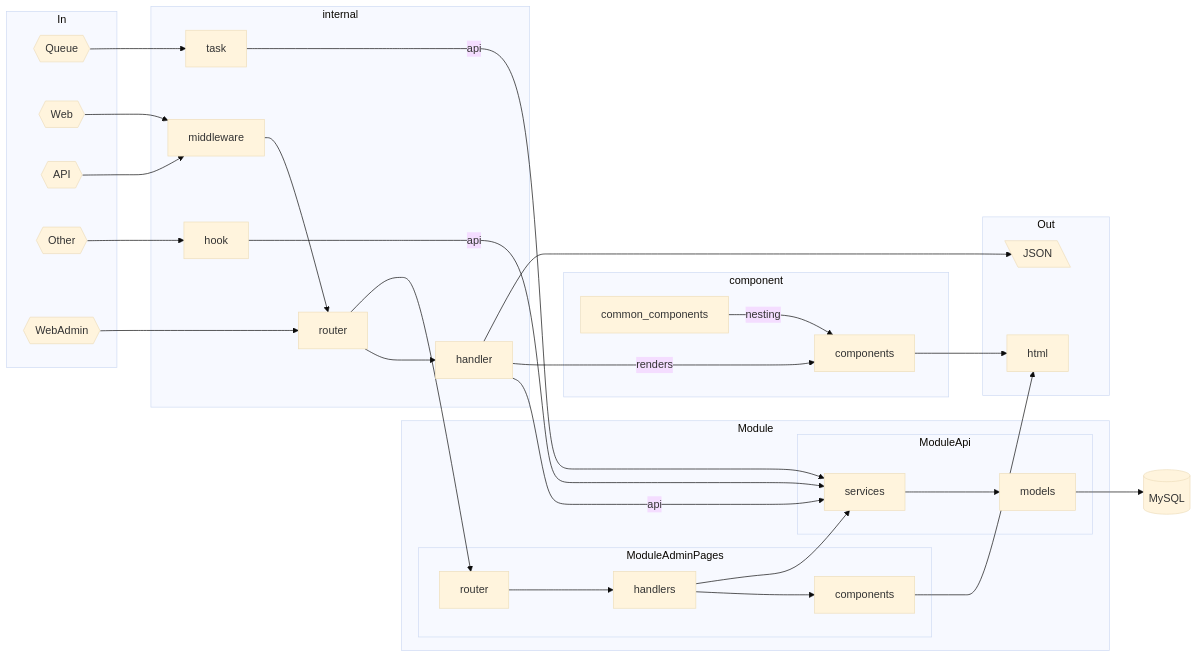
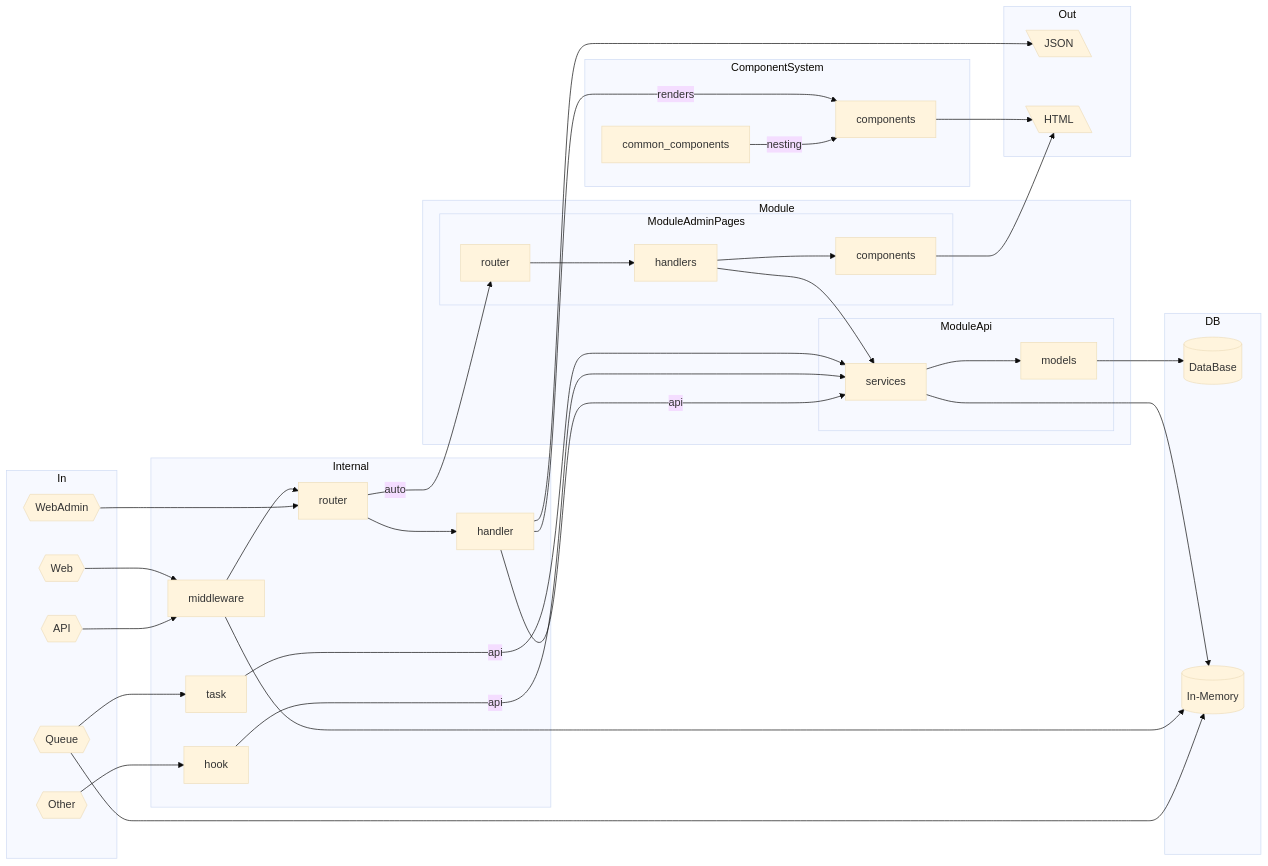
Before and after one commit to OlegVashkevich/gothrix: the first of 2 diagrams in docs/README.md, drawn with Mermaid (base theme).

Commit message:
doc: схема - добавил redis

````diff
--- a/docs/README.md
+++ b/docs/README.md
@@ -64,58 +64,64 @@
 ```mermaid
 graph LR
     subgraph In
         queue{{Queue}}
         web{{Web}}
         api{{API}}
         other{{Other}}
         webadmin{{WebAdmin}}
     end
     subgraph Module
         subgraph ModuleApi
             services
             models[models]
         end
         subgraph ModuleAdminPages
             module_components[components]
             module_router[router]
             module_handlers[handlers]
         end
     end
-    subgraph internal
+    subgraph Internal
         middleware
         router
         handler
         hook
         task
     end
-    subgraph component
+    subgraph ComponentSystem
         common_components
         components
     end
     subgraph Out
-        json
-        html
+        json[\JSON\]
+        html[\HTML\]
     end
-
+    subgraph DB
+        db[(DataBase)]
+        inmemorydb[(In-Memory)]
+    end
     queue --> task
     task -- api --> services
     web --> middleware
     api --> middleware
     middleware --> router
     other --> hook
     hook -- api --> services
     router --> handler
     handler -- api --> services
     services --> models[models]
     handler -- renders --> components
-    models --> mysql[(MySQL)]
-    handler --> json[\JSON\]
+    models --> db
+    handler --> json
     common_components -- nesting --> components
     components  --> html
     webadmin --> router
-    router --> module_router
+    router -- auto --> module_router
     module_router --> module_handlers
     module_handlers --> module_components
     module_handlers --> services
     module_components --> html
+    services --> inmemorydb
+    middleware --> inmemorydb
+    queue --> inmemorydb
 ```
````
